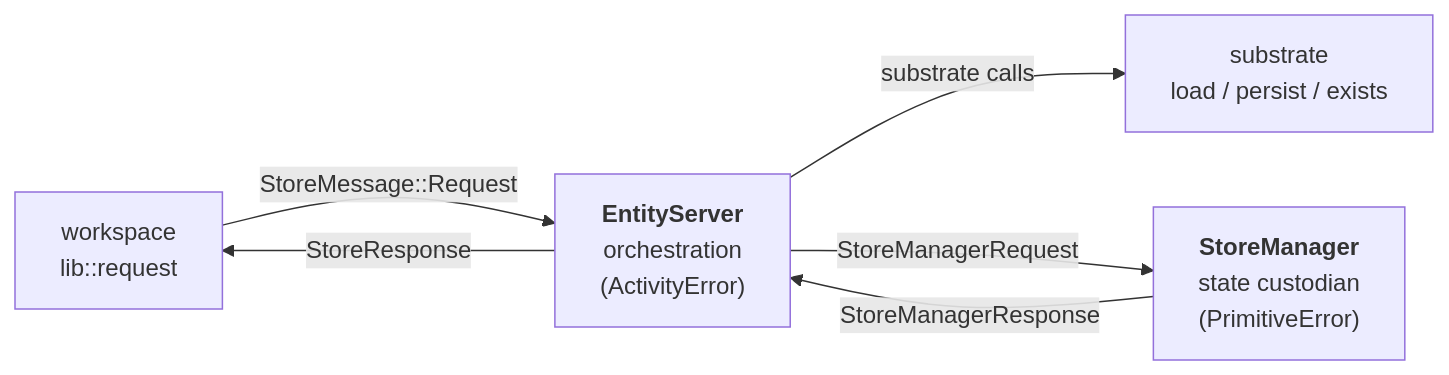
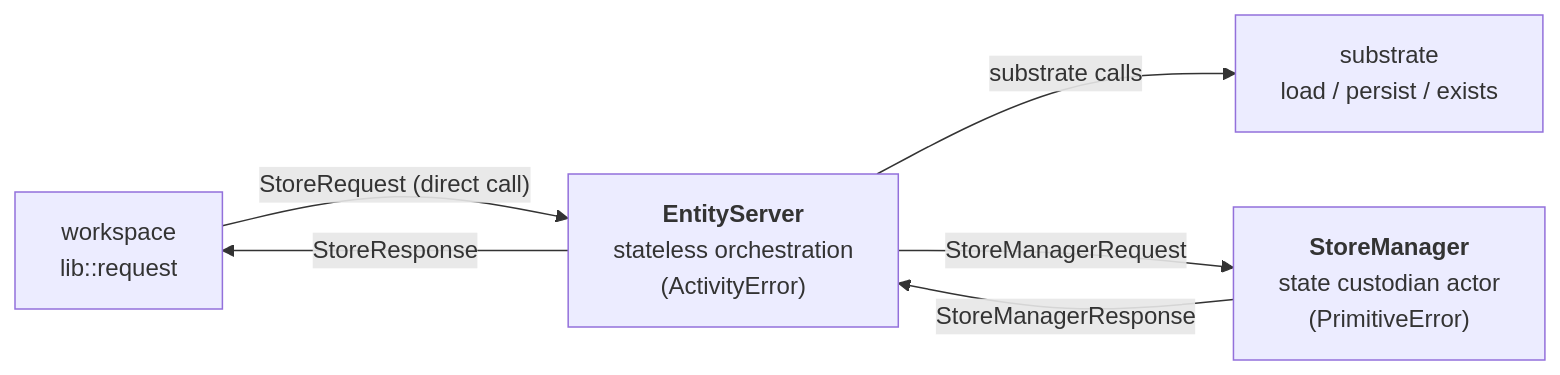
One commit to Gubbi/pari changed the first of 3 diagrams in docs/design/layers/store.md. Above: the diagram before and after it, drawn with Mermaid. The commit also changed other lines of this file and 23 other files, not shown here.

First line of the commit message:
Make pari runtime-agnostic; collapse EntityServer to a stateless orchestrator

````diff
--- a/docs/design/layers/store.md
+++ b/docs/design/layers/store.md
@@ -30,13 +30,13 @@
 ```mermaid
 flowchart LR
     ws["workspace<br/>lib::request"]
-    es["<b>EntityServer</b><br/>orchestration<br/>(ActivityError)"]
+    es["<b>EntityServer</b><br/>stateless orchestration<br/>(ActivityError)"]
     sub["substrate<br/>load / persist / exists"]
-    sm["<b>StoreManager</b><br/>state custodian<br/>(PrimitiveError)"]
+    sm["<b>StoreManager</b><br/>state custodian actor<br/>(PrimitiveError)"]
 
-    ws -- "StoreMessage::Request" --> es
+    ws -- "StoreRequest (direct call)" --> es
     es -- "substrate calls" --> sub
     es -- "StoreManagerRequest" --> sm
     sm -- "StoreManagerResponse" --> es
     es -- "StoreResponse" --> ws
 ```
````
